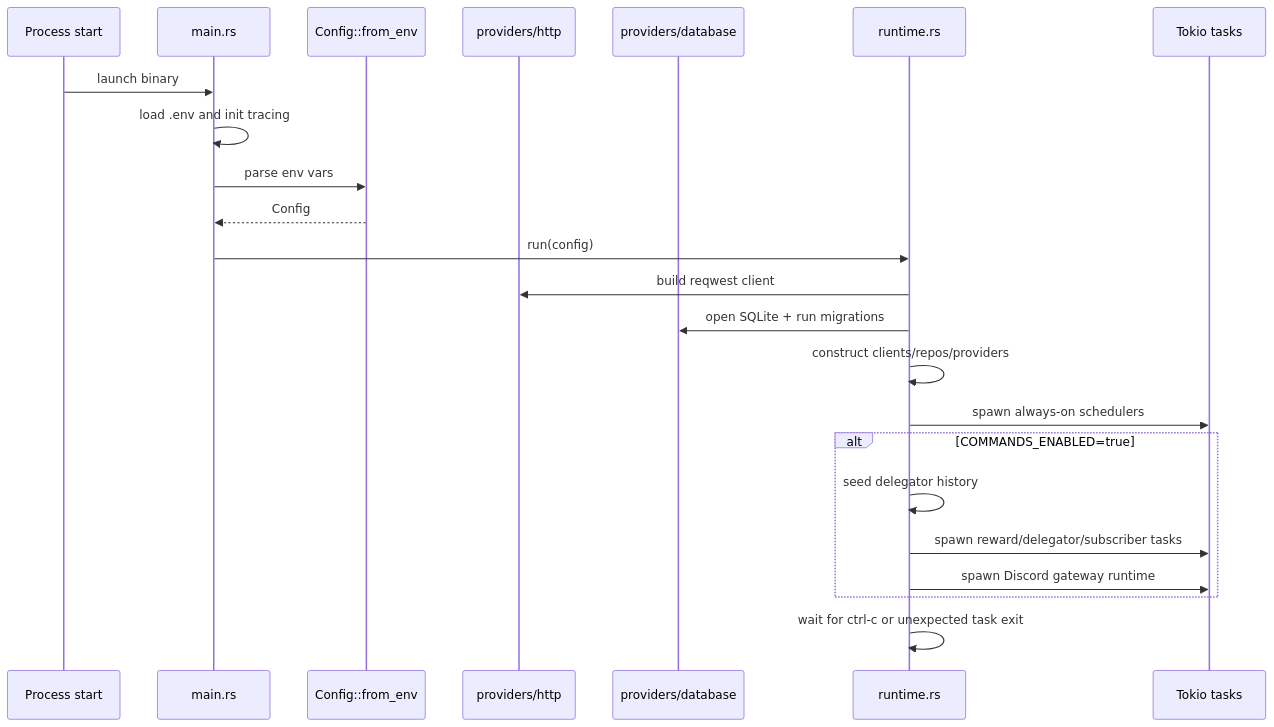
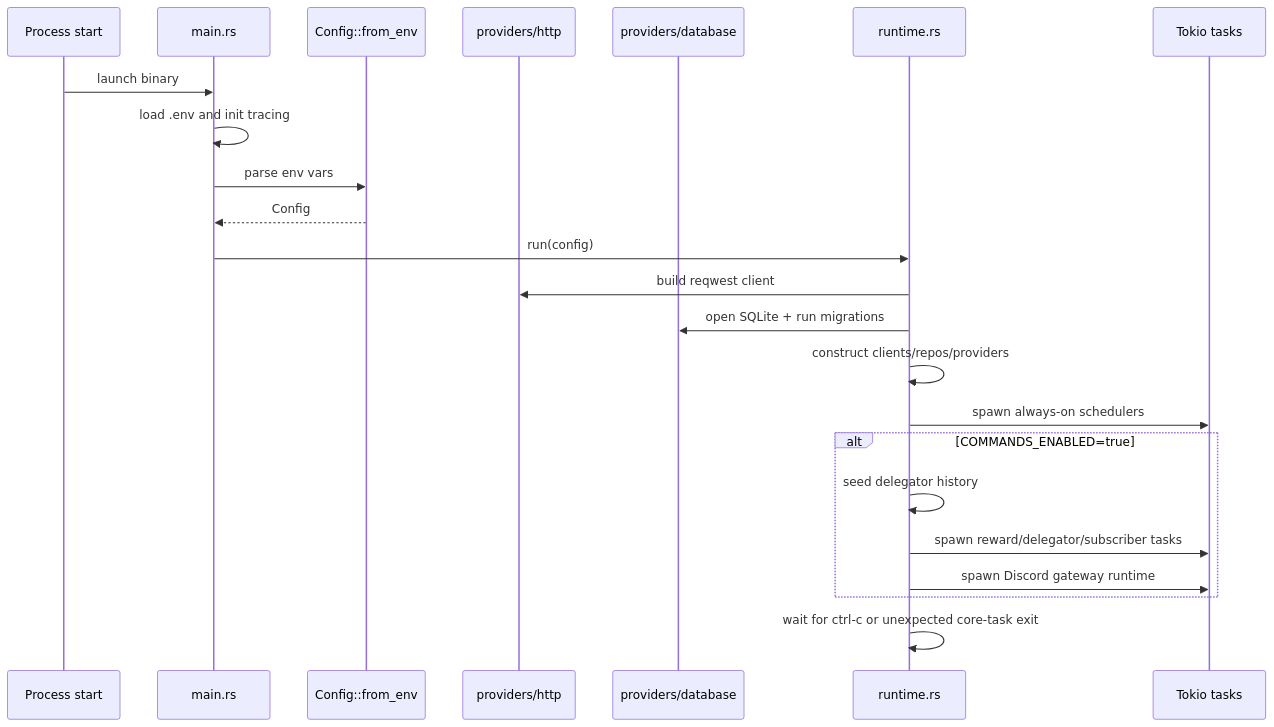
Before and after one commit to Cloud-SPE/livepeer-network-bot: the third of 8 diagrams in docs/design-docs/architecture.md, drawn with Mermaid. The commit also changed other lines of this file and 6 other files, not shown here.

````diff
--- a/docs/design-docs/architecture.md
+++ b/docs/design-docs/architecture.md
@@ -159,26 +165,26 @@
 ```mermaid
 sequenceDiagram
     participant OS as Process start
     participant Main as main.rs
     participant Config as Config::from_env
     participant HTTP as providers/http
     participant DB as providers/database
     participant Runtime as runtime.rs
     participant Tasks as Tokio tasks
 
     OS->>Main: launch binary
     Main->>Main: load .env and init tracing
     Main->>Config: parse env vars
     Config-->>Main: Config
     Main->>Runtime: run(config)
     Runtime->>HTTP: build reqwest client
     Runtime->>DB: open SQLite + run migrations
     Runtime->>Runtime: construct clients/repos/providers
     Runtime->>Tasks: spawn always-on schedulers
     alt COMMANDS_ENABLED=true
         Runtime->>Runtime: seed delegator history
         Runtime->>Tasks: spawn reward/delegator/subscriber tasks
         Runtime->>Tasks: spawn Discord gateway runtime
     end
-    Runtime->>Runtime: wait for ctrl-c or unexpected task exit
+    Runtime->>Runtime: wait for ctrl-c or unexpected core-task exit
 ```
````
